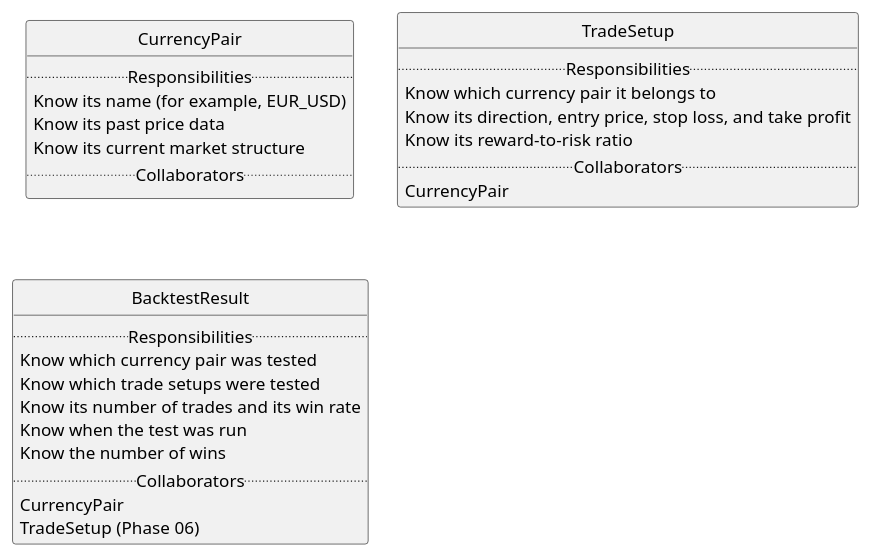
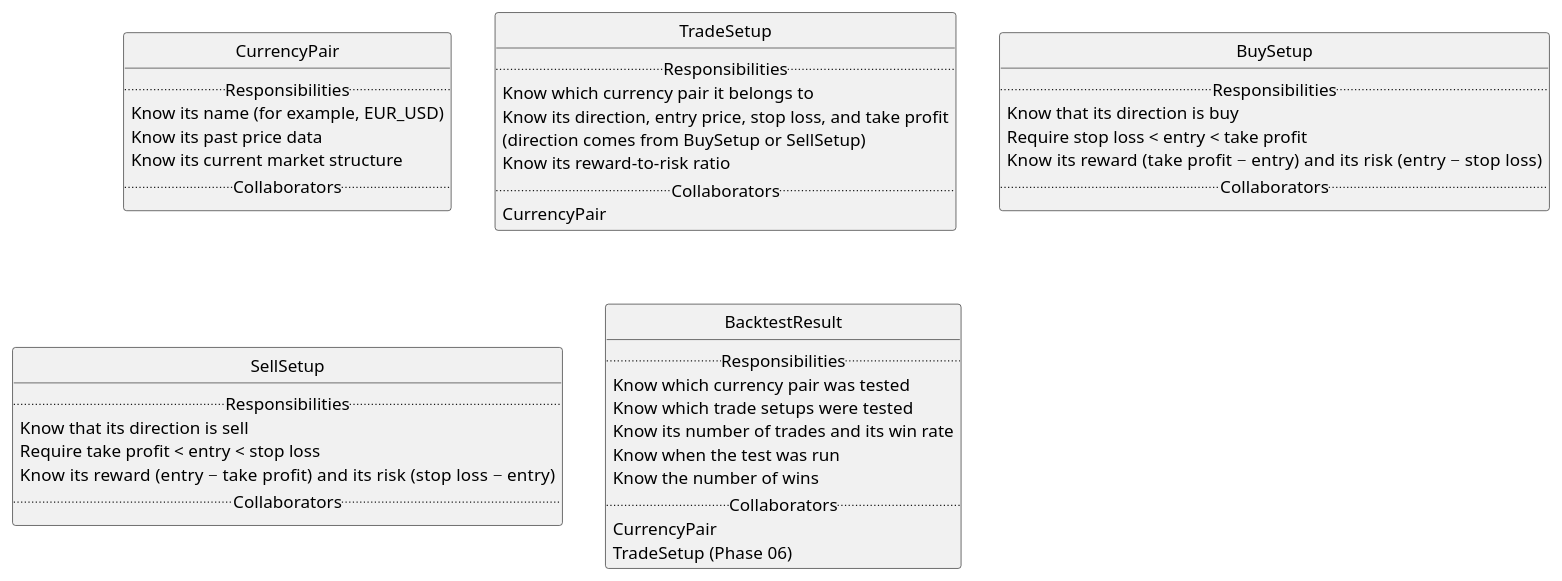
The diagram in docs/design/uml/crc.puml (dan119524/nexus-trade), drawn with PlantUML before and after one commit. The commit also changed 5 other files, not shown here.

```diff
--- a/docs/design/uml/crc.puml
+++ b/docs/design/uml/crc.puml
@@ -1,35 +1,52 @@
 @startuml crc
 ' Source: docs/design/requirements.md, section "CRC Analysis"
 ' CRC cards only: no relationship arrows between cards.
 skinparam classAttributeIconSize 0
 hide circle
 
 class CurrencyPair {
   .. Responsibilities ..
   Know its name (for example, EUR_USD)
   Know its past price data
   Know its current market structure
   .. Collaborators ..
 }
 
 class TradeSetup {
   .. Responsibilities ..
   Know which currency pair it belongs to
   Know its direction, entry price, stop loss, and take profit
+  (direction comes from BuySetup or SellSetup)
   Know its reward-to-risk ratio
   .. Collaborators ..
   CurrencyPair
+}
+
+class BuySetup {
+  .. Responsibilities ..
+  Know that its direction is buy
+  Require stop loss < entry < take profit
+  Know its reward (take profit − entry) and its risk (entry − stop loss)
+  .. Collaborators ..
+}
+
+class SellSetup {
+  .. Responsibilities ..
+  Know that its direction is sell
+  Require take profit < entry < stop loss
+  Know its reward (entry − take profit) and its risk (stop loss − entry)
+  .. Collaborators ..
 }
 
 class BacktestResult {
   .. Responsibilities ..
   Know which currency pair was tested
   Know which trade setups were tested
   Know its number of trades and its win rate
   Know when the test was run
   Know the number of wins
   .. Collaborators ..
   CurrencyPair
   TradeSetup (Phase 06)
 }
 @enduml
```
